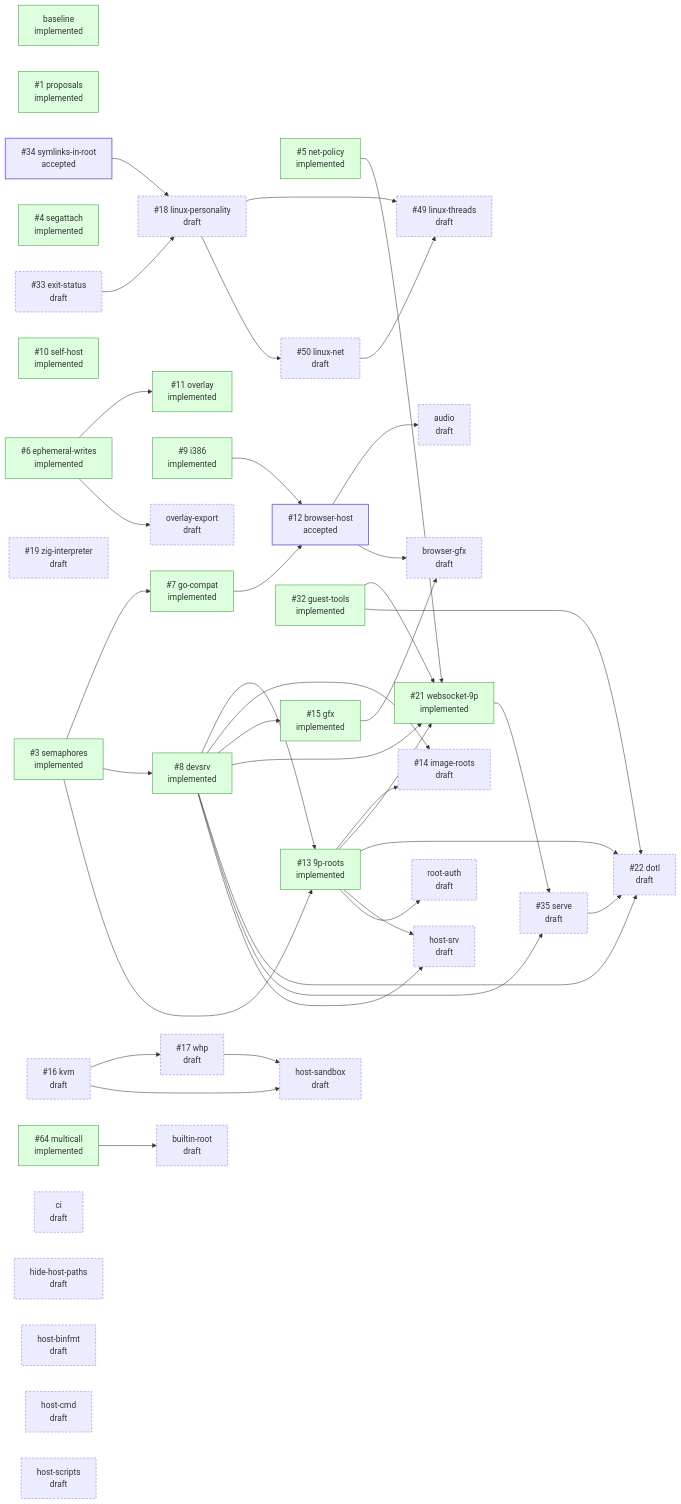
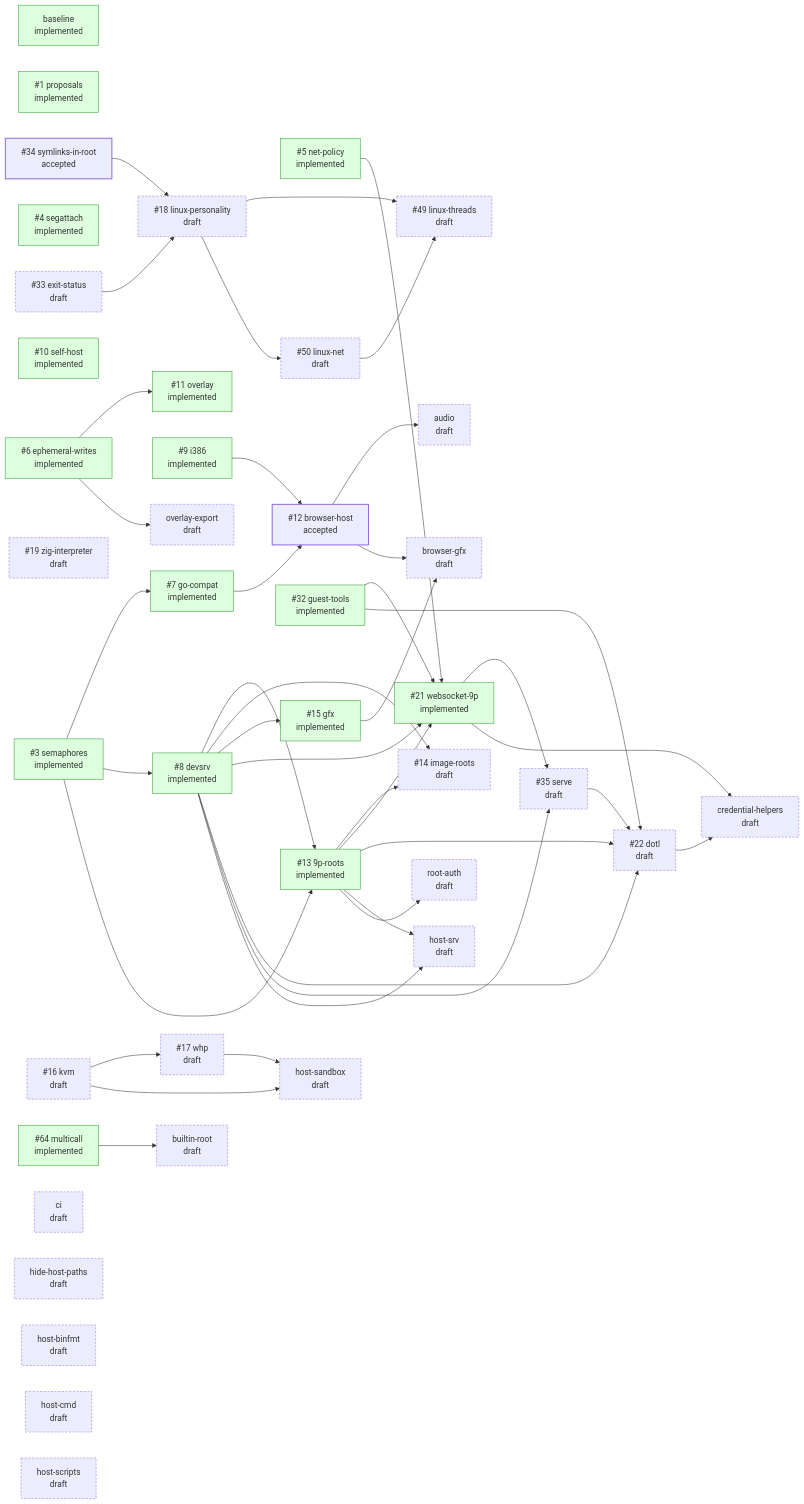
The diagram in design/STATUS.md (progrium/hyper9), drawn with Mermaid before and after one commit. The commit also changed other lines of this file, not shown here.

Commit message:
design: regenerate STATUS.md

```diff
--- a/design/STATUS.md
+++ b/design/STATUS.md
@@ -85,6 +86,7 @@
   p_browser_gfx["browser-gfx<br/>draft"]:::draft
   p_builtin_root["builtin-root<br/>draft"]:::draft
   p_ci["ci<br/>draft"]:::draft
+  p_credential_helpers["credential-helpers<br/>draft"]:::draft
   p_hide_host_paths["hide-host-paths<br/>draft"]:::draft
   p_host_binfmt["host-binfmt<br/>draft"]:::draft
   p_host_cmd["host-cmd<br/>draft"]:::draft
@@ -123,6 +125,8 @@
   p_browser_host --> p_browser_gfx
   p_gfx --> p_browser_gfx
   p_multicall --> p_builtin_root
+  p_websocket_9p --> p_credential_helpers
+  p_dotl --> p_credential_helpers
   p_kvm --> p_host_sandbox
   p_whp --> p_host_sandbox
   p_devsrv --> p_host_srv
```
